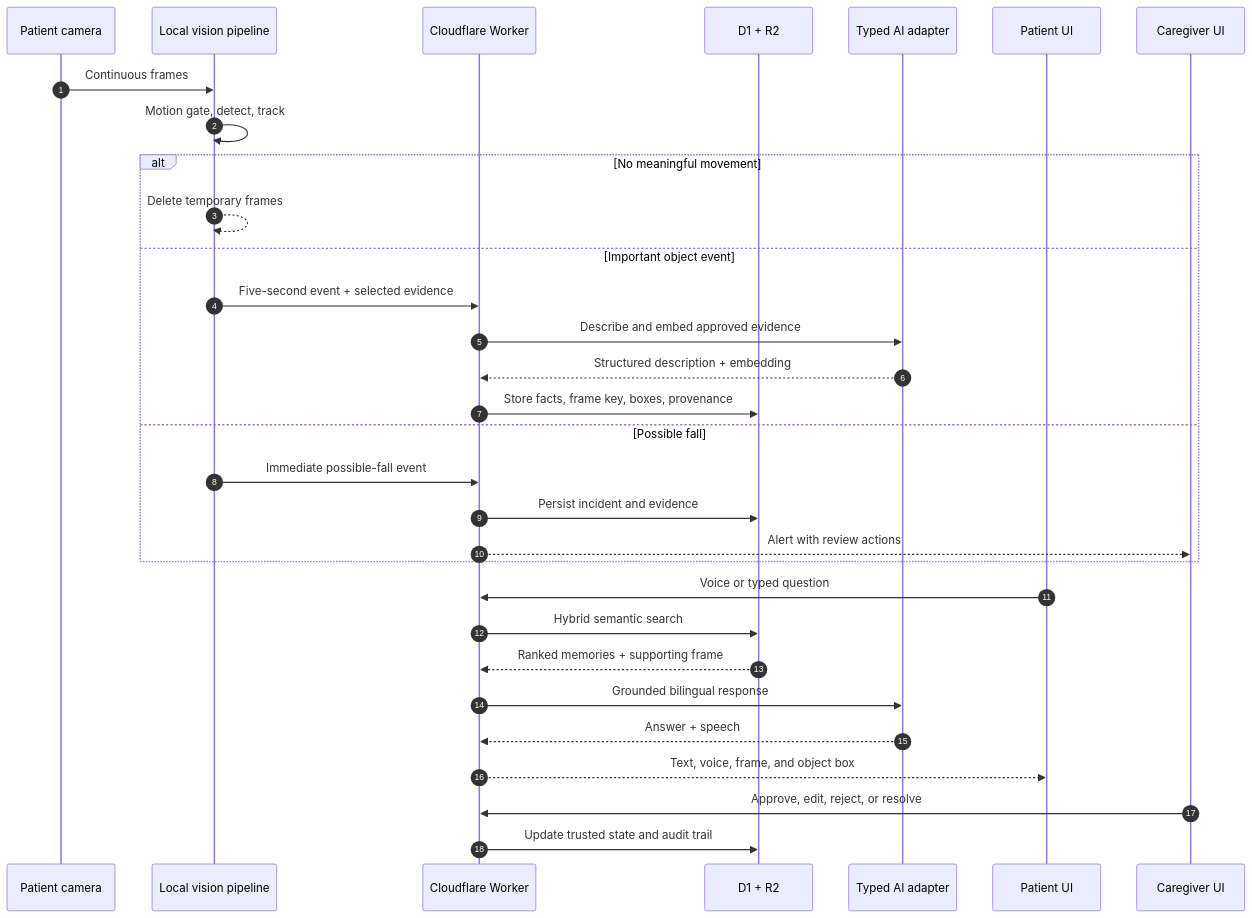
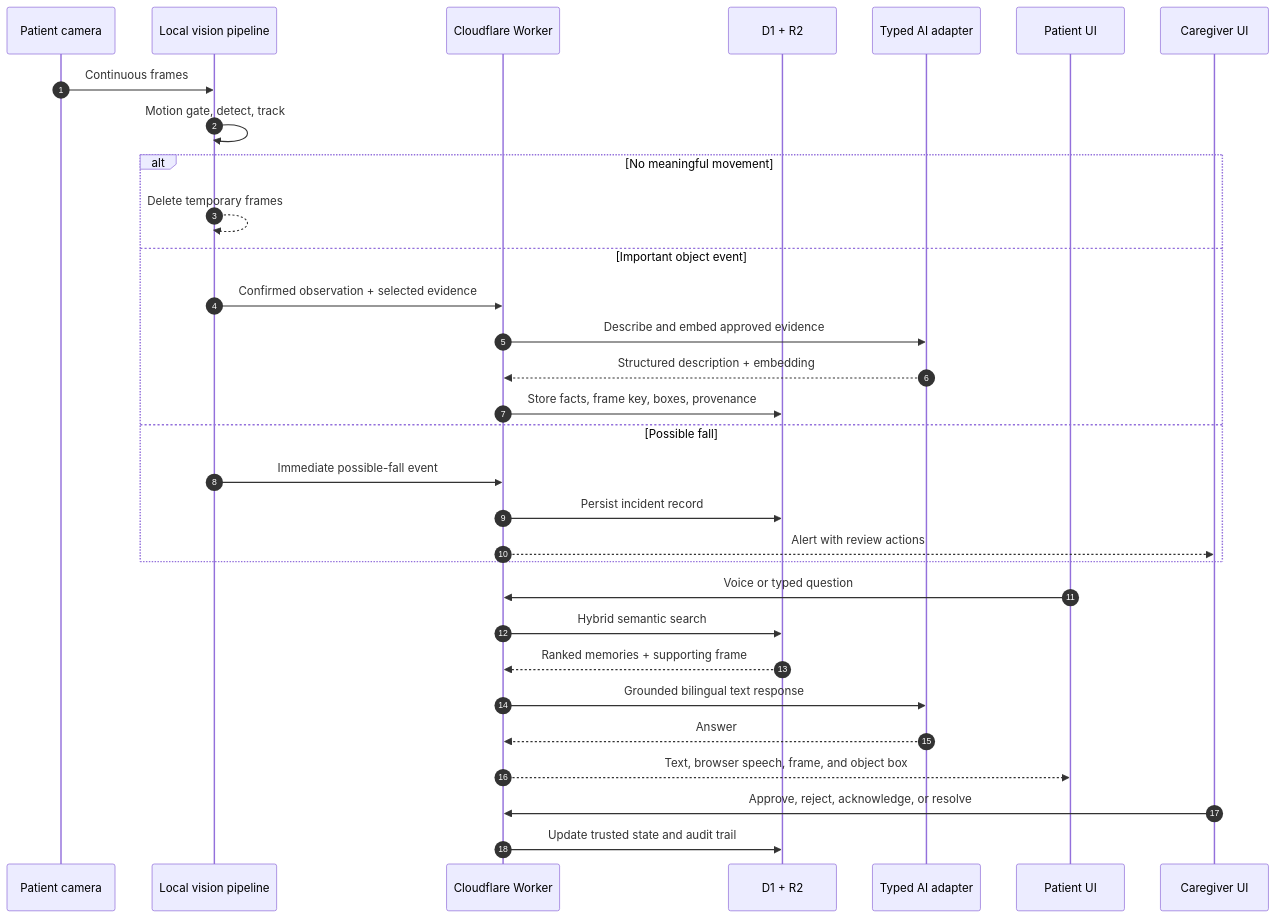
Before and after one commit to ksmostofa/tomo: the second of 2 diagrams in README.md, drawn with Mermaid. The commit also changed other lines of this file and 7 other files, not shown here.

Commit message:
Fix mobile camera startup and verify production flows

````diff
--- a/README.md
+++ b/README.md
@@ -124,34 +122,34 @@
 ```mermaid
 sequenceDiagram
   autonumber
   participant Camera as Patient camera
   participant Local as Local vision pipeline
   participant API as Cloudflare Worker
   participant Memory as D1 + R2
   participant AI as Typed AI adapter
   participant Patient as Patient UI
   participant Caregiver as Caregiver UI
 
   Camera->>Local: Continuous frames
   Local->>Local: Motion gate, detect, track
   alt No meaningful movement
     Local-->>Local: Delete temporary frames
   else Important object event
-    Local->>API: Five-second event + selected evidence
+    Local->>API: Confirmed observation + selected evidence
     API->>AI: Describe and embed approved evidence
     AI-->>API: Structured description + embedding
     API->>Memory: Store facts, frame key, boxes, provenance
   else Possible fall
     Local->>API: Immediate possible-fall event
-    API->>Memory: Persist incident and evidence
+    API->>Memory: Persist incident record
     API-->>Caregiver: Alert with review actions
   end
   Patient->>API: Voice or typed question
   API->>Memory: Hybrid semantic search
   Memory-->>API: Ranked memories + supporting frame
-  API->>AI: Grounded bilingual response
-  AI-->>API: Answer + speech
-  API-->>Patient: Text, voice, frame, and object box
-  Caregiver->>API: Approve, edit, reject, or resolve
+  API->>AI: Grounded bilingual text response
+  AI-->>API: Answer
+  API-->>Patient: Text, browser speech, frame, and object box
+  Caregiver->>API: Approve, reject, acknowledge, or resolve
   API->>Memory: Update trusted state and audit trail
 ```
````
